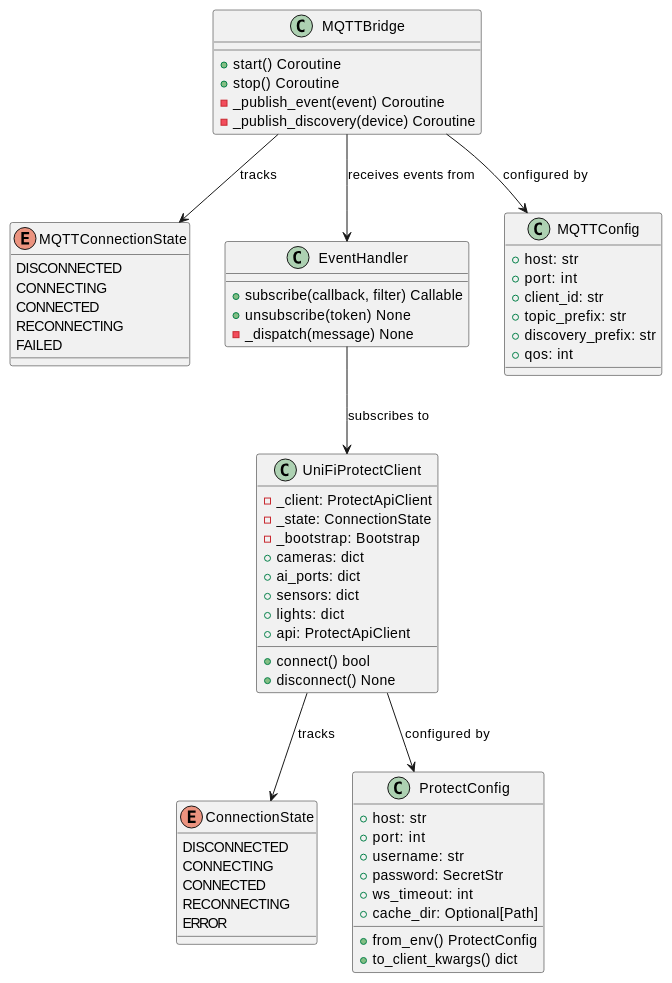
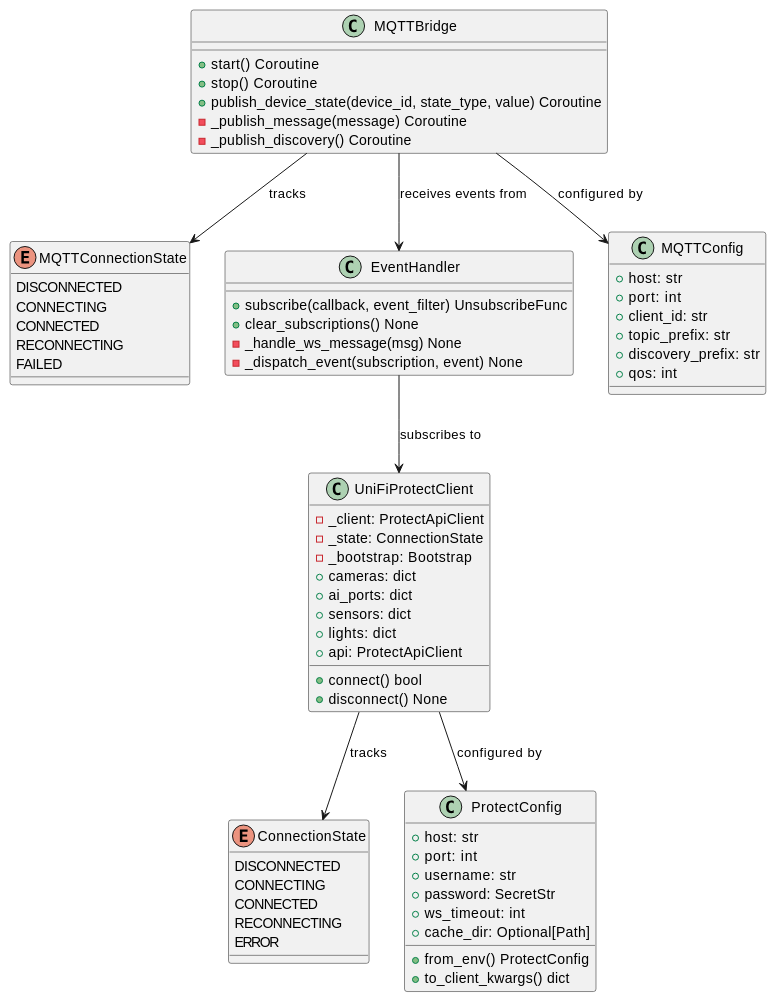
One commit to NetDevAutomate/unifi_management_cli changed the second of 3 diagrams in docs/architecture/providers/unifi-protect-mqtt.md. Above: the diagram before and after it, drawn with PlantUML. The commit also changed other lines of this file and 2 other files, not shown here.

Commit message:
docs(architecture): match the class views to the code
An AST check of every class diagram against src/ found members that
don't exist:

- codemap.md: STPTopology.tier_assignments and SwitchSTPConfig's
  bridge_priority and ports; the models hold root_bridge_priority,
  loops_detected, current_priority, optimal_priority, hierarchy_tier
  and port_states;
- unifi-protect-mqtt.md: EventHandler.unsubscribe and _dispatch, and
  MQTTBridge._publish_event; models.py holds Pydantic models, not
  dataclasses, and repository.py is a device cache;
- mcp-automation.md: a FastMCPServer class that isn't in the code. The
  view now shows the server.py meta-tools, UnifiFastMCP, ToolRunner and
  ToolCatalog next to the registry classes.

````diff
--- a/docs/architecture/providers/unifi-protect-mqtt.md
+++ b/docs/architecture/providers/unifi-protect-mqtt.md
@@ -52,72 +52,74 @@
 ```plantuml
 @startuml ProtectMqttClasses
 enum ConnectionState {
   DISCONNECTED
   CONNECTING
   CONNECTED
   RECONNECTING
   ERROR
 }
 
 enum MQTTConnectionState {
   DISCONNECTED
   CONNECTING
   CONNECTED
   RECONNECTING
   FAILED
 }
 
 class ProtectConfig {
   +host: str
   +port: int
   +username: str
   +password: SecretStr
   +ws_timeout: int
   +cache_dir: Optional[Path]
   +from_env() ProtectConfig
   +to_client_kwargs() dict
 }
 
 class UniFiProtectClient {
   -_client: ProtectApiClient
   -_state: ConnectionState
   -_bootstrap: Bootstrap
   +connect() bool
   +disconnect() None
   +cameras: dict
   +ai_ports: dict
   +sensors: dict
   +lights: dict
   +api: ProtectApiClient
 }
 
 class EventHandler {
-  +subscribe(callback, filter) Callable
-  +unsubscribe(token) None
-  -_dispatch(message) None
+  +subscribe(callback, event_filter) UnsubscribeFunc
+  +clear_subscriptions() None
+  -_handle_ws_message(msg) None
+  -_dispatch_event(subscription, event) None
 }
 
 class MQTTConfig {
   +host: str
   +port: int
   +client_id: str
   +topic_prefix: str
   +discovery_prefix: str
   +qos: int
 }
 
 class MQTTBridge {
   +start() Coroutine
   +stop() Coroutine
-  -_publish_event(event) Coroutine
-  -_publish_discovery(device) Coroutine
+  +publish_device_state(device_id, state_type, value) Coroutine
+  -_publish_message(message) Coroutine
+  -_publish_discovery() Coroutine
 }
 
 UniFiProtectClient --> ProtectConfig : configured by
 UniFiProtectClient --> ConnectionState : tracks
 EventHandler --> UniFiProtectClient : subscribes to
 MQTTBridge --> EventHandler : receives events from
 MQTTBridge --> MQTTConfig : configured by
 MQTTBridge --> MQTTConnectionState : tracks
 @enduml
 ```
````
